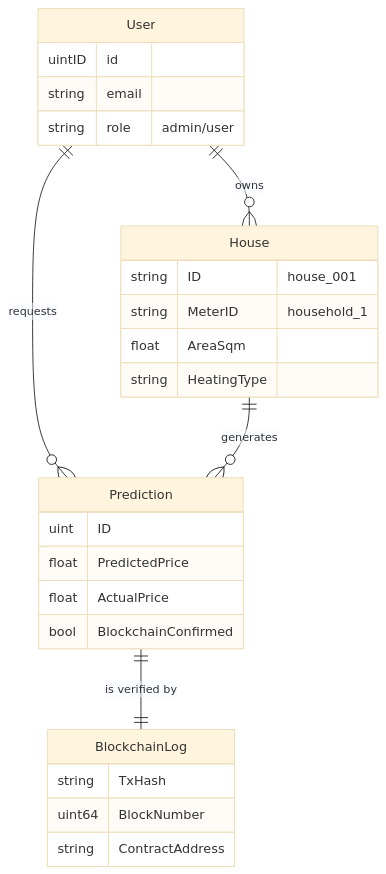
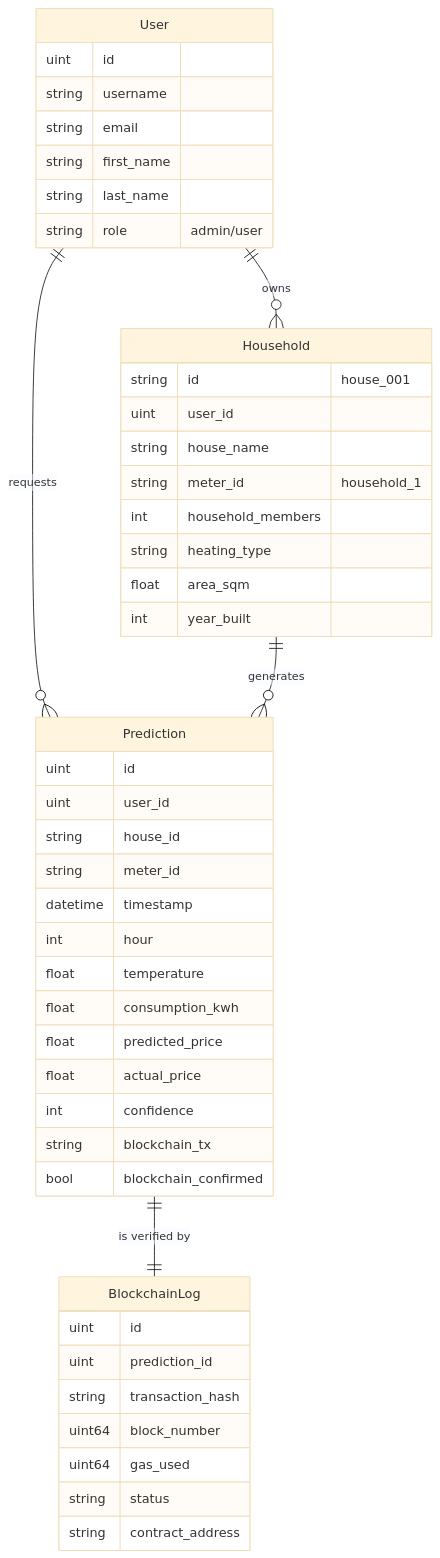
Before and after one commit to holan-3-x/EnergyPulse: the diagram in docs/CORE_LOGIC.md, drawn with Mermaid (base theme). The commit also changed other lines of this file and 4 other files, not shown here.

Commit message:
refactor: Update database schema, ER diagrams, and documentation for core entities and data modeling.

````diff
--- a/docs/CORE_LOGIC.md
+++ b/docs/CORE_LOGIC.md
@@ -64,33 +64,53 @@
 ```mermaid
 erDiagram
-    User ||--o{ House : owns
+    User ||--o{ Household : owns
     User ||--o{ Prediction : requests
-    House ||--o{ Prediction : generates
+    Household ||--o{ Prediction : generates
     Prediction ||--|| BlockchainLog : "is verified by"
 
     User {
-        uintID id
+        uint id
+        string username
         string email
+        string first_name
+        string last_name
         string role "admin/user"
     }
 
-    House {
-        string ID "house_001"
-        string MeterID "household_1"
-        float AreaSqm
-        string HeatingType
+    Household {
+        string id "house_001"
+        uint user_id
+        string house_name
+        string meter_id "household_1"
+        int household_members
+        string heating_type
+        float area_sqm
+        int year_built
     }
 
     Prediction {
-        uint ID
-        float PredictedPrice
-        float ActualPrice
-        bool BlockchainConfirmed
+        uint id
+        uint user_id
+        string house_id
+        string meter_id
+        datetime timestamp
+        int hour
+        float temperature
+        float consumption_kwh
+        float predicted_price
+        float actual_price
+        int confidence
+        string blockchain_tx
+        bool blockchain_confirmed
     }
 
     BlockchainLog {
-        string TxHash
-        uint64 BlockNumber
-        string ContractAddress
+        uint id
+        uint prediction_id
+        string transaction_hash
+        uint64 block_number
+        uint64 gas_used
+        string status
+        string contract_address
     }
 ```
````
